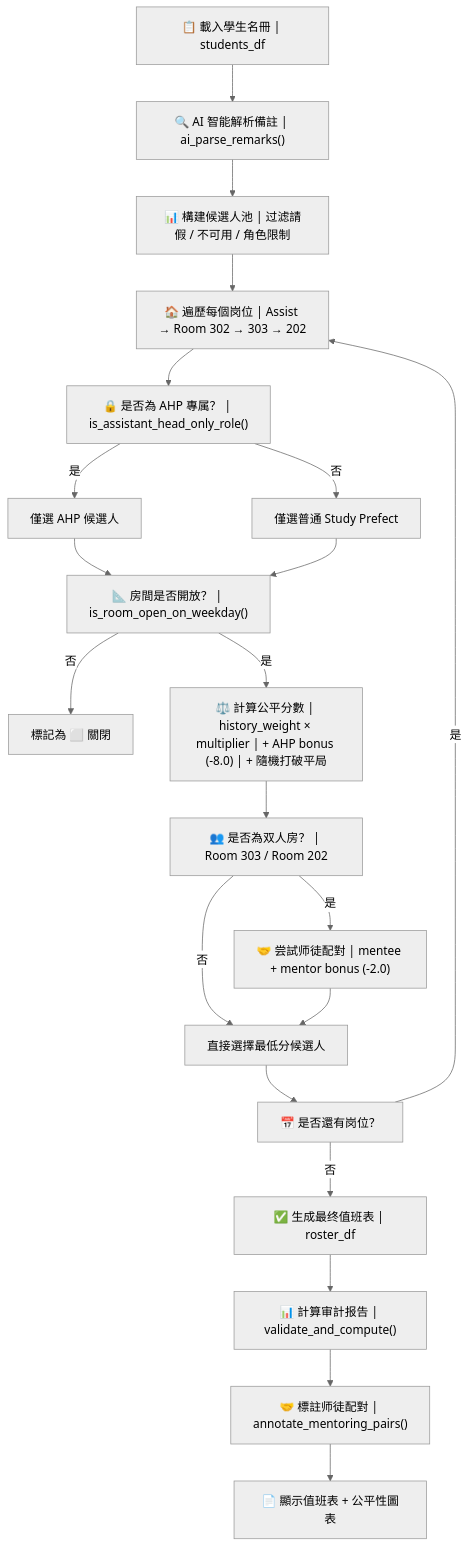
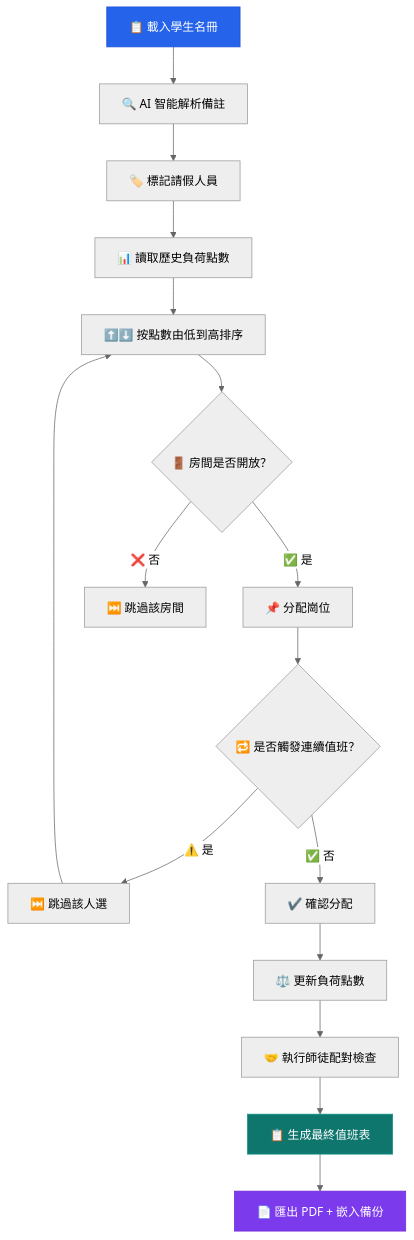
One commit to JackyLi10777/Study-Prefect-Duty-Roster-System changed the second of 3 diagrams in README.md. Above: the diagram before and after it, drawn with Mermaid (neutral theme). The commit also changed other lines of this file and 1 other file, not shown here.

First line of the commit message:
docs: restructure README and in-app manual with two-tier architecture

````diff
--- a/README.md
+++ b/README.md
@@ -217,23 +185,22 @@
 ```mermaid
 flowchart TD
-    A["📋 載入學生名冊 | students_df"] --> B["🔍 AI 智能解析備註 | ai_parse_remarks()"]
-    B --> C["📊 構建候選人池 | 过滤請假 / 不可用 / 角色限制"]
-    C --> D["🏠 遍歷每個岗位 | Assist → Room 302 → 303 → 202"]
-    D --> E["🔒 是否為 AHP 專属？ | is_assistant_head_only_role()"]
-    E -->|是| F["僅選 AHP 候選人"]
-    E -->|否| G["僅選普通 Study Prefect"]
-    F --> H["📐 房間是否開放？ | is_room_open_on_weekday()"]
-    G --> H
-    H -->|否| I["標記為 ⬜ 關閉"]
-    H -->|是| J["⚖️ 計算公平分數 | history_weight × multiplier | + AHP bonus (-8.0) | + 隨機打破平局"]
-    J --> K["👥 是否為双人房？ | Room 303 / Room 202"]
-    K -->|是| L["🤝 尝試师徒配對 | mentee + mentor bonus (-2.0)"]
-    K -->|否| M["直接選擇最低分候選人"]
-    L --> M
-    M --> N["📅 是否還有岗位？"]
-    N -->|是| D
-    N -->|否| O["✅ 生成最终值班表 | roster_df"]
-    O --> P["📊 計算审計报告 | validate_and_compute()"]
-    P --> Q["🤝 標註师徒配對 | annotate_mentoring_pairs()"]
-    Q --> R["📄 顯示值班表 + 公平性圖表"]
+    A["📋 載入學生名冊"] --> B["🔍 AI 智能解析備註"]
+    B --> C["🏷️ 標記請假人員"]
+    C --> D["📊 讀取歷史負荷點數"]
+    D --> E["⬆️⬇️ 按點數由低到高排序"]
+    E --> F{"🚪 房間是否開放？"}
+    F -->|✅ 是| G["📌 分配崗位"]
+    F -->|❌ 否| H["⏭️ 跳過該房間"]
+    G --> I{"🔁 是否觸發連續值班？"}
+    I -->|⚠️ 是| J["⏭️ 跳過該人選"]
+    I -->|✅ 否| K["✔️ 確認分配"]
+    J --> E
+    K --> L["⚖️ 更新負荷點數"]
+    L --> M["🤝 執行師徒配對檢查"]
+    M --> N["📋 生成最終值班表"]
+    N --> O["📄 匯出 PDF + 嵌入備份"]
+
+    style A fill:#2563EB,stroke:#1D4ED8,color:#fff
+    style N fill:#0F766E,stroke:#0D9488,color:#fff
+    style O fill:#7C3AED,stroke:#6D28D9,color:#fff
 ```
````
